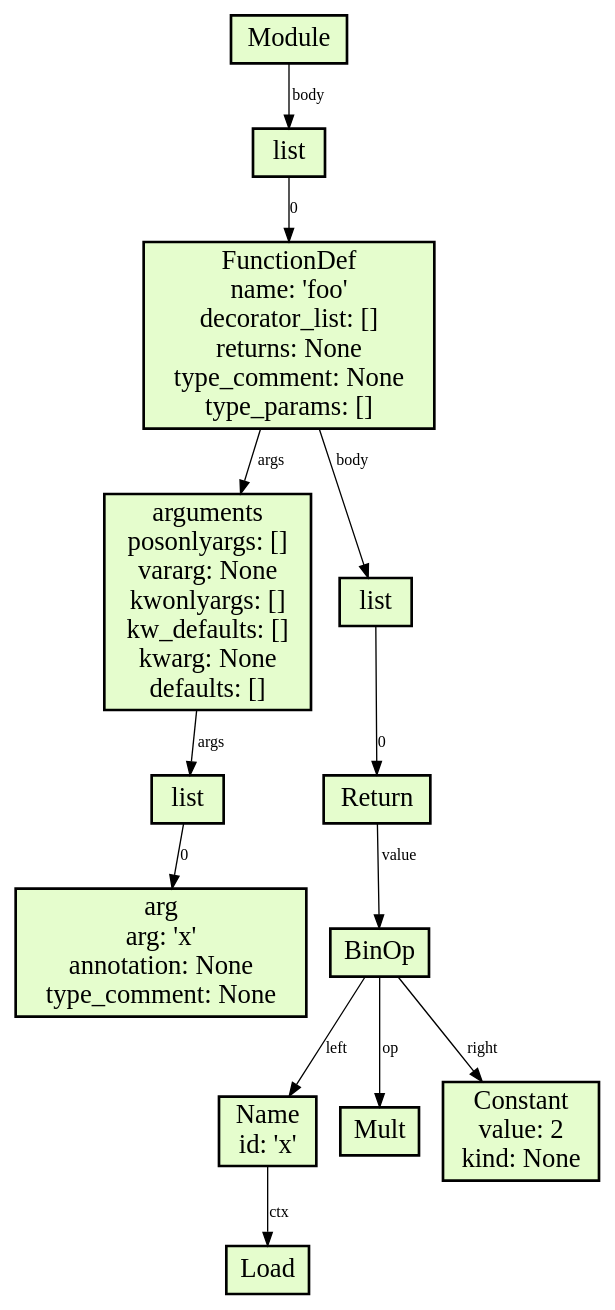
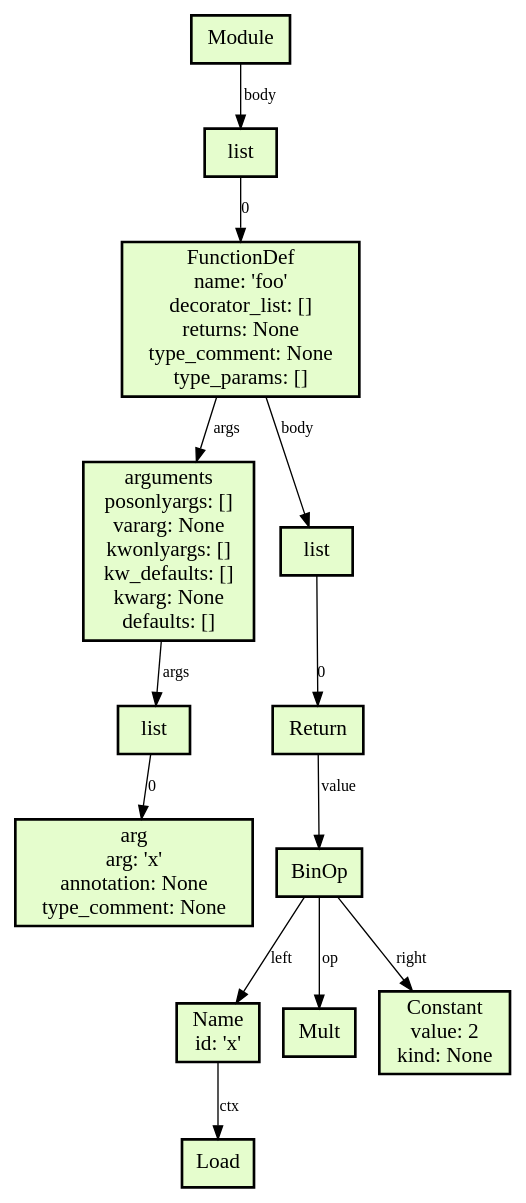
One commit to UnTea/Compiler-ish changed the diagram in output/output.dot. Above: the diagram before and after it, drawn with Graphviz. The commit also changed 5 other files, not shown here.

```diff
--- a/output/output.dot
+++ b/output/output.dot
@@ -1,29 +1,29 @@
 digraph G {
-node [fontname= "JetBrains Mono" fontsize=20
-style=filled fillcolor="#E5FDCD" penwidth=2]edge [fontname="JetBrains Mono" fontsize=12]
+node [fontname= "Fira Code" fontsize=16
+style=filled fillcolor="#E5FDCD" penwidth=2]edge [fontname="Fira Code" fontsize=12]
 0 [label="Module" shape=box]
 1 [label="list" shape=box]
 2 [label="FunctionDef\nname: 'foo'\ndecorator_list: []\nreturns: None\ntype_comment: None\ntype_params: []" shape=box]
 3 [label="arguments\nposonlyargs: []\nvararg: None\nkwonlyargs: []\nkw_defaults: []\nkwarg: None\ndefaults: []" shape=box]
 4 [label="list" shape=box]
 5 [label="arg\narg: 'x'\nannotation: None\ntype_comment: None" shape=box]
 6 [label="list" shape=box]
 7 [label="Return\n" shape=box]
 8 [label="BinOp\n" shape=box]
 9 [label="Name\nid: 'x'" shape=box]
 10 [label="Load\n" shape=box]
 11 [label="Mult\n" shape=box]
 12 [label="Constant\nvalue: 2\nkind: None" shape=box]
 0 -> 1 [label="body"]
 1 -> 2 [label="0"]
 2 -> 3 [label="args"]
 2 -> 6 [label="body"]
 3 -> 4 [label="args"]
 4 -> 5 [label="0"]
 6 -> 7 [label="0"]
 7 -> 8 [label="value"]
 8 -> 9 [label="left"]
 8 -> 11 [label="op"]
 8 -> 12 [label="right"]
 9 -> 10 [label="ctx"]
 }
```
